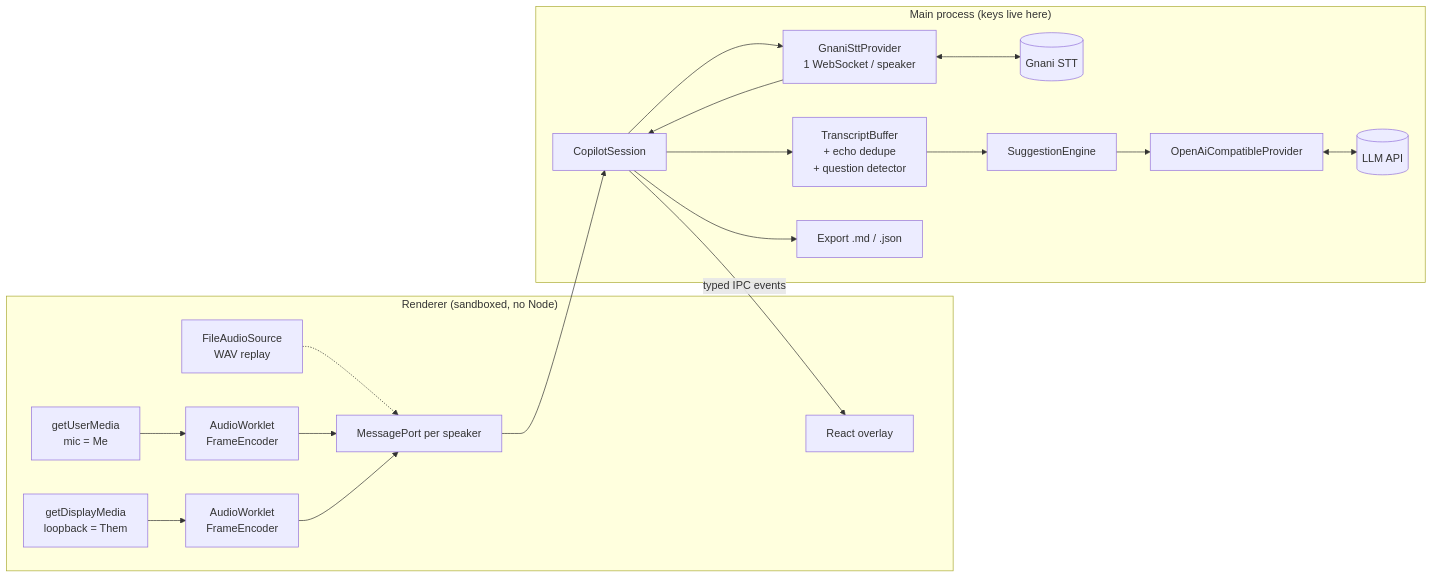
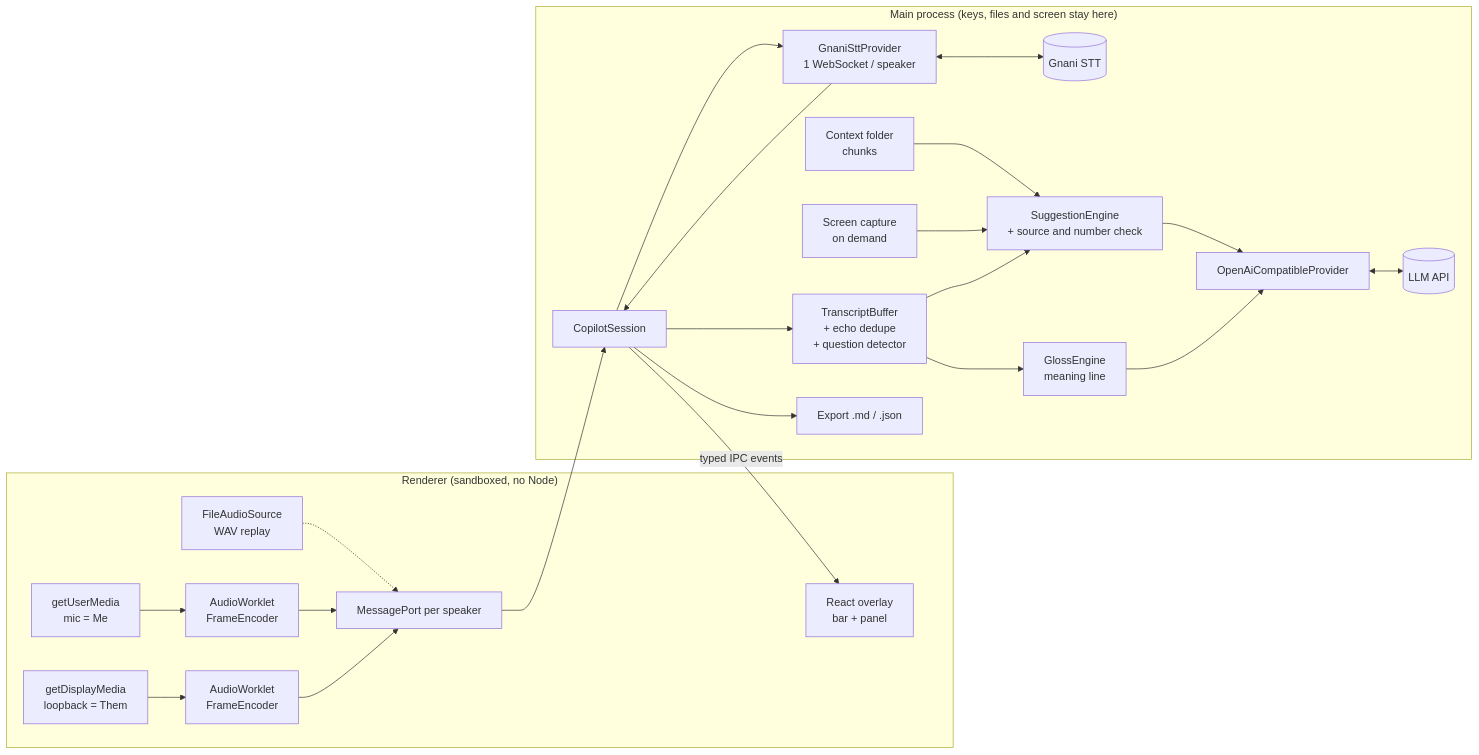
Before and after one commit to krunalbaraskar/gnani: the diagram in README.md, drawn with Mermaid. The commit also changed other lines of this file and 69 other files, not shown here.

````diff
--- a/README.md
+++ b/README.md
@@ -145,23 +267,27 @@
 ```mermaid
 flowchart LR
   subgraph Renderer["Renderer (sandboxed, no Node)"]
     MIC[getUserMedia<br/>mic = Me] --> WM[AudioWorklet<br/>FrameEncoder]
     SYS[getDisplayMedia<br/>loopback = Them] --> WT[AudioWorklet<br/>FrameEncoder]
     WAV[FileAudioSource<br/>WAV replay] -.-> P
     WM --> P[MessagePort per speaker]
     WT --> P
-    UI[React overlay]
+    UI[React overlay<br/>bar + panel]
   end
-  subgraph Main["Main process (keys live here)"]
+  subgraph Main["Main process (keys, files and screen stay here)"]
     P --> CS[CopilotSession]
     CS --> GS[GnaniSttProvider<br/>1 WebSocket / speaker]
     GS <--> G[(Gnani STT)]
     GS --> CS
     CS --> TB[TranscriptBuffer<br/>+ echo dedupe<br/>+ question detector]
-    TB --> SE[SuggestionEngine]
+    CTX[Context folder<br/>chunks] --> SE
+    CAP[Screen capture<br/>on demand] --> SE
+    TB --> SE[SuggestionEngine<br/>+ source and number check]
+    TB --> GL[GlossEngine<br/>meaning line]
     SE --> LLM[OpenAiCompatibleProvider]
+    GL --> LLM
     LLM <--> M[(LLM API)]
     CS --> EX[Export .md / .json]
   end
   CS -- typed IPC events --> UI
 ```
````
